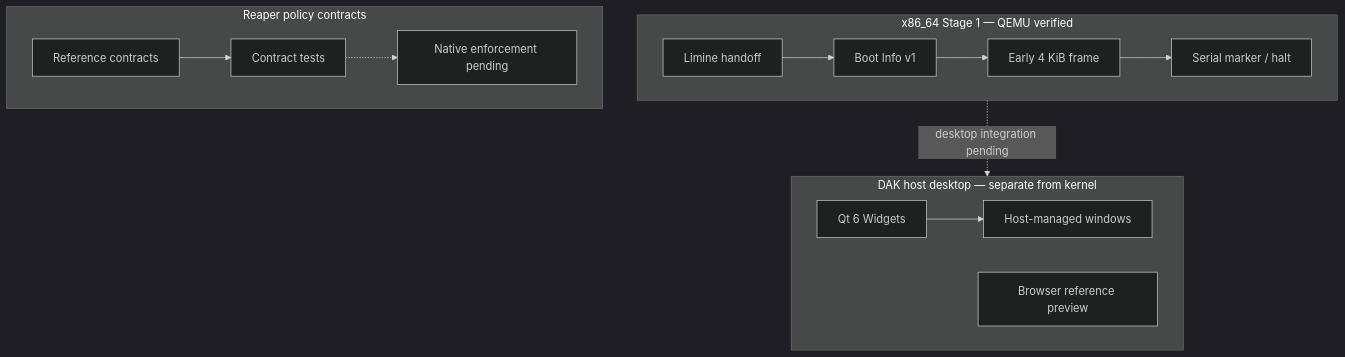
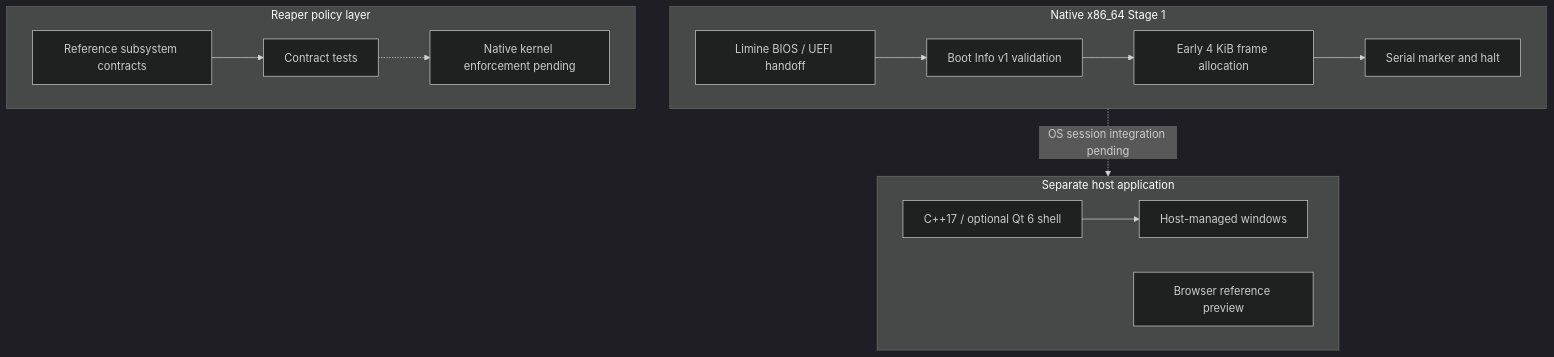
One commit to Ivan-VHS/DAK changed the diagram in README.md. Above: the diagram before and after it, drawn with Mermaid (dark theme). The commit also changed other lines of this file, not shown here.

Commit message:
docs: rebaseline DAK README

````diff
--- a/README.md
+++ b/README.md
@@ -37,17 +43,17 @@
-~~~mermaid
+```mermaid
 flowchart TB
-  subgraph BOOT["x86_64 Stage 1 — QEMU verified"]
-    L["Limine handoff"] --> B["Boot Info v1"]
-    B --> F["Early 4 KiB frame"]
-    F --> M["Serial marker / halt"]
+  subgraph BOOT["Native x86_64 Stage 1"]
+    F["Limine BIOS / UEFI handoff"] --> V["Boot Info v1 validation"]
+    V --> A["Early 4 KiB frame allocation"]
+    A --> H["Serial marker and halt"]
   end
-  subgraph POLICY["Reaper policy contracts"]
-    R["Reference contracts"] --> T["Contract tests"]
-    T -.-> N["Native enforcement pending"]
+  subgraph POLICY["Reaper policy layer"]
+    R["Reference subsystem contracts"] --> T["Contract tests"]
+    T -.-> K["Native kernel enforcement pending"]
   end
-  subgraph HOST["DAK host desktop — separate from kernel"]
-    Q["Qt 6 Widgets"] --> W["Host-managed windows"]
-    H["Browser reference preview"]
+  subgraph HOST["Separate host application"]
+    Q["C++17 / optional Qt 6 shell"] --> W["Host-managed windows"]
+    B["Browser reference preview"]
   end
-  BOOT -.->|"desktop integration pending"| HOST
-~~~
+  BOOT -.->|"OS session integration pending"| HOST
+```
````
